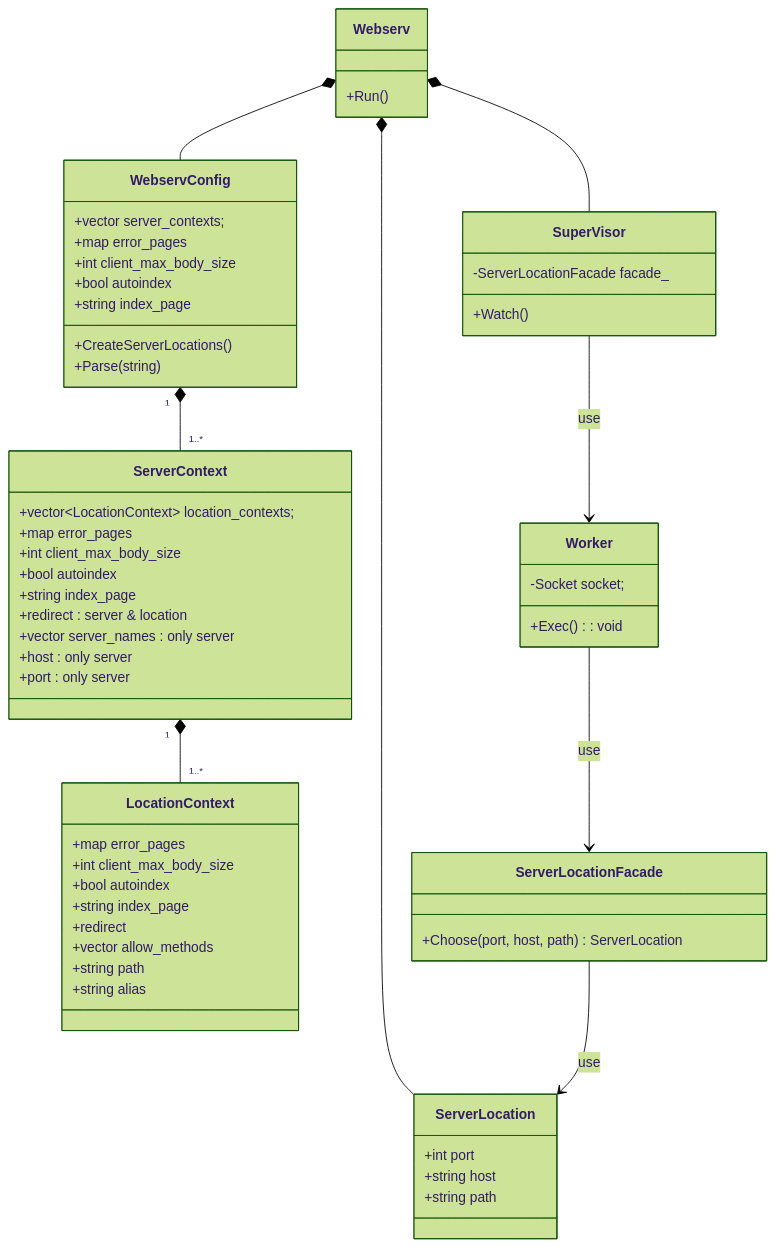
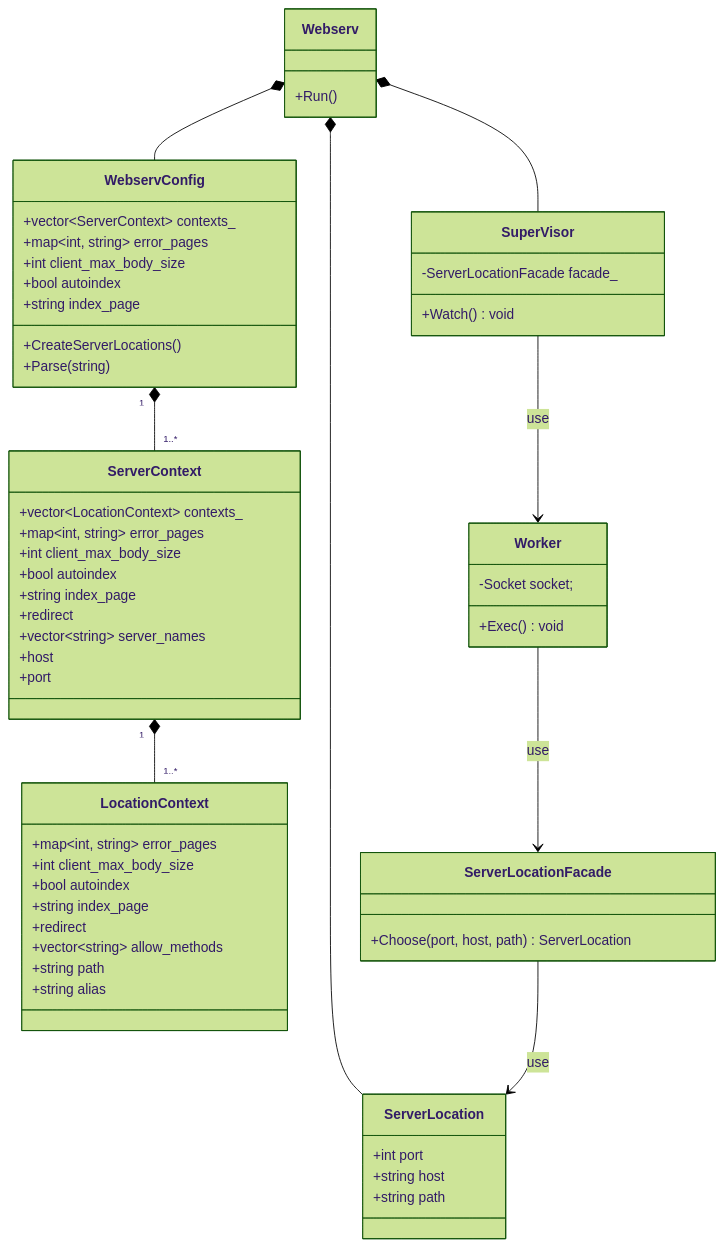
Before and after one commit to katataku/webserv: the diagram in docs/class/config_class.md, drawn with Mermaid (forest theme).

Commit message:
doc: mermaidの記法の修正

````diff
--- a/docs/class/config_class.md
+++ b/docs/class/config_class.md
@@ -1,76 +1,76 @@
 ```mermaid
 classDiagram
     Webserv *-- WebservConfig
     WebservConfig "1" *-- "1..*" ServerContext
     ServerContext "1" *-- "1..*" LocationContext
 
     Webserv *-- SuperVisor
     Webserv *-- ServerLocation
     SuperVisor --> Worker : use
     Worker --> ServerLocationFacade : use
     ServerLocationFacade --> ServerLocation: use
 
     class WebservConfig {
-        +vector<ServerContext> server_contexts;
-        +map<int, string> error_pages
+        +vector~ServerContext~ contexts_
+        +map~int, string~ error_pages
         +int client_max_body_size
         +bool autoindex
         +string index_page
         +CreateServerLocations()
         +Parse(string)
     }
 
     %% TODO: listenディレクトリは複数指定できるかを確認 %%
     %% TODO: redirectの持ち方を検討 %%
     class ServerContext {
-        +vector~LocationContext~ location_contexts;
-        +map<int, string> error_pages
-        +int client_max_body_size
-        +bool autoindex
-        +string index_page
-        +redirect : server & location
-        +vector<string> server_names : only server
-        +host : only server
-        +port : only server
-    }
-
-    class LocationContext {
-        +map<int, string> error_pages
+        +vector~LocationContext~ contexts_
+        +map~int, string~ error_pages
         +int client_max_body_size
         +bool autoindex
         +string index_page
         +redirect
-        +vector<string> allow_methods
+        +vector~string~ server_names
+        +host
+        +port
+    }
+
+    class LocationContext {
+        +map~int, string~ error_pages
+        +int client_max_body_size
+        +bool autoindex
+        +string index_page
+        +redirect
+        +vector~string~ allow_methods
         +string path
         +string alias
     }
 
     class Webserv {
         +Run()
     }
 
     %% IO多重化とソケットクラスを生成してWorkerに処理を依頼するまでを担当する%%
     class SuperVisor {
         -ServerLocationFacade facade_
-        +Watch()
+        +Watch() void
     }
 
     %% Socketを元に具体的な処理を担当する。 %%
     %% Requestを受け付けてResponseの返却をする %%
     class Worker {
         -Socket socket;
-        +Exec() : void
+        +Exec() void
     }
 
     %% どのServerLocationを使用するかを決定する責務 %%
     class ServerLocationFacade {
-        +Choose(port, host, path)　ServerLocation
+        +Choose(port, host, path) ServerLocation
     }
 
     %% configを元に各locationごとの設定 %%
     class ServerLocation {
         +int port
         +string host
         +string path
     }
 ```
````
